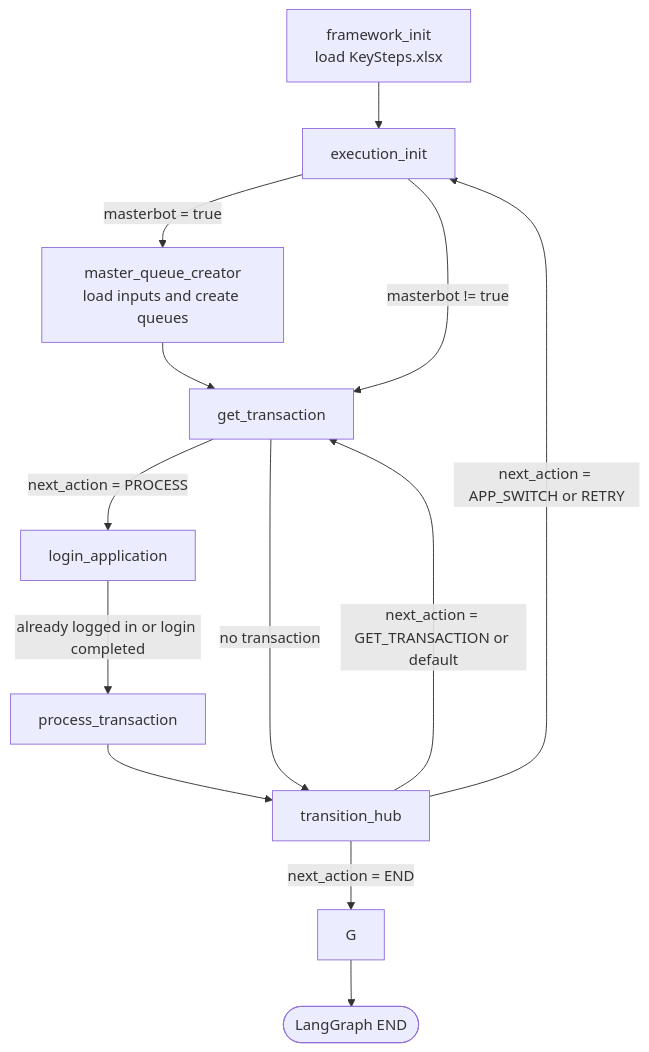
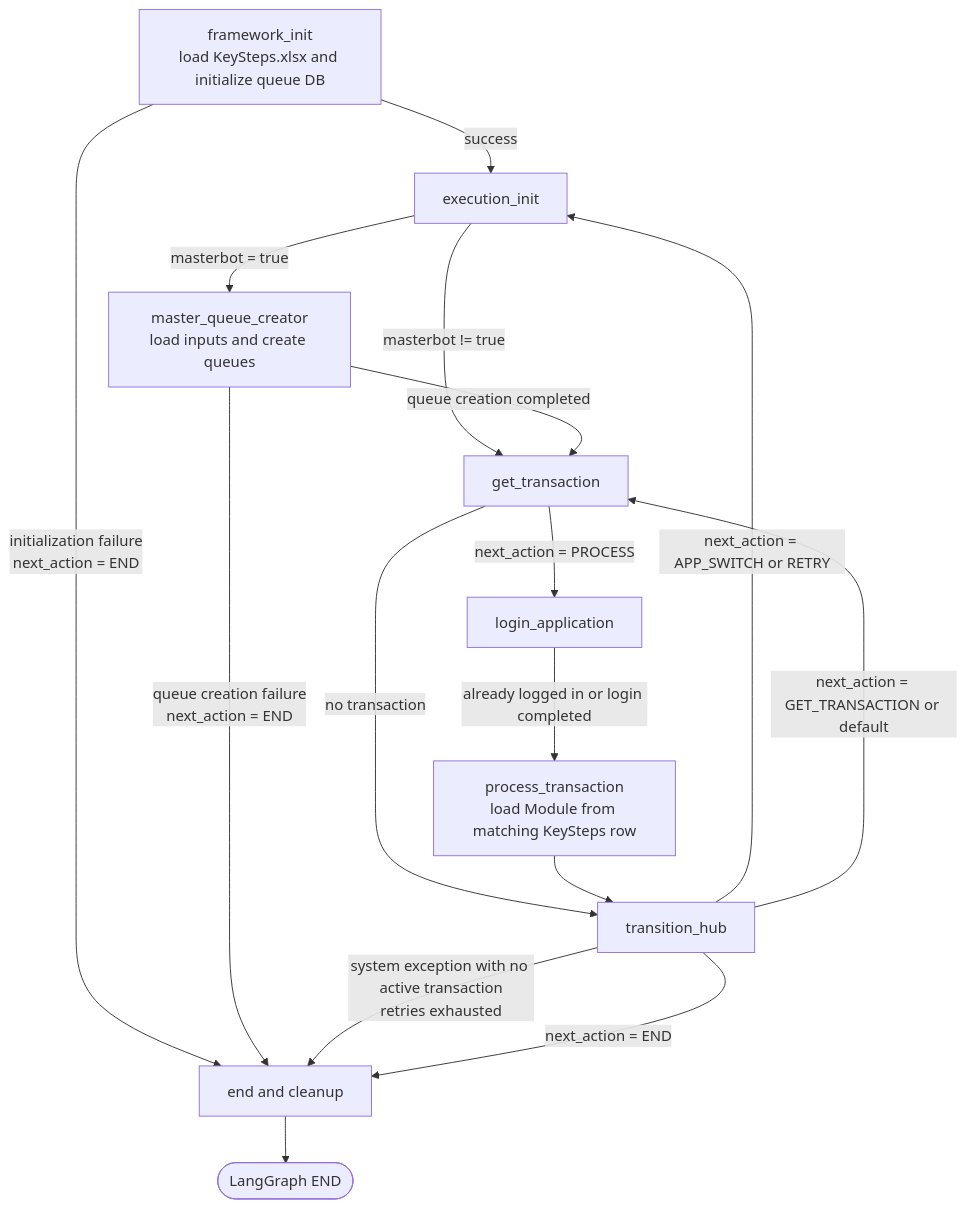
One commit to Venkateswaran-Krishnan/OrqFlow_V0.1 changed the first of 2 diagrams in docs/graph-flowchart.md. Above: the diagram before and after it, drawn with Mermaid. The commit also changed other lines of this file and 15 other files, not shown here.

````diff
--- a/docs/graph-flowchart.md
+++ b/docs/graph-flowchart.md
@@ -3,21 +3,24 @@
 ```mermaid
 flowchart TD
-    A[framework_init<br/>load KeySteps.xlsx] --> B[execution_init]
+    A[framework_init<br/>load KeySteps.xlsx and initialize queue DB] -->|success| B[execution_init]
+    A -->|initialization failure<br/>next_action = END| G[end and cleanup]
 
     B -->|masterbot = true| C[master_queue_creator<br/>load inputs and create queues]
     B -->|masterbot != true| D[get_transaction]
 
-    C --> D
+    C -->|queue creation completed| D
+    C -->|queue creation failure<br/>next_action = END| G
 
     D -->|next_action = PROCESS| E[login_application]
     D -->|no transaction| F[transition_hub]
 
-    E -->|already logged in or login completed| I[process_transaction]
+    E -->|already logged in or login completed| I[process_transaction<br/>load Module from matching KeySteps row]
     I --> F[transition_hub]
 
     F -->|next_action = APP_SWITCH or RETRY| B
     F -->|next_action = GET_TRANSACTION or default| D
+    F -->|system exception with no active transaction<br/>retries exhausted| G
     F -->|next_action = END| G
 
     G --> H([LangGraph END])
 ```
````
